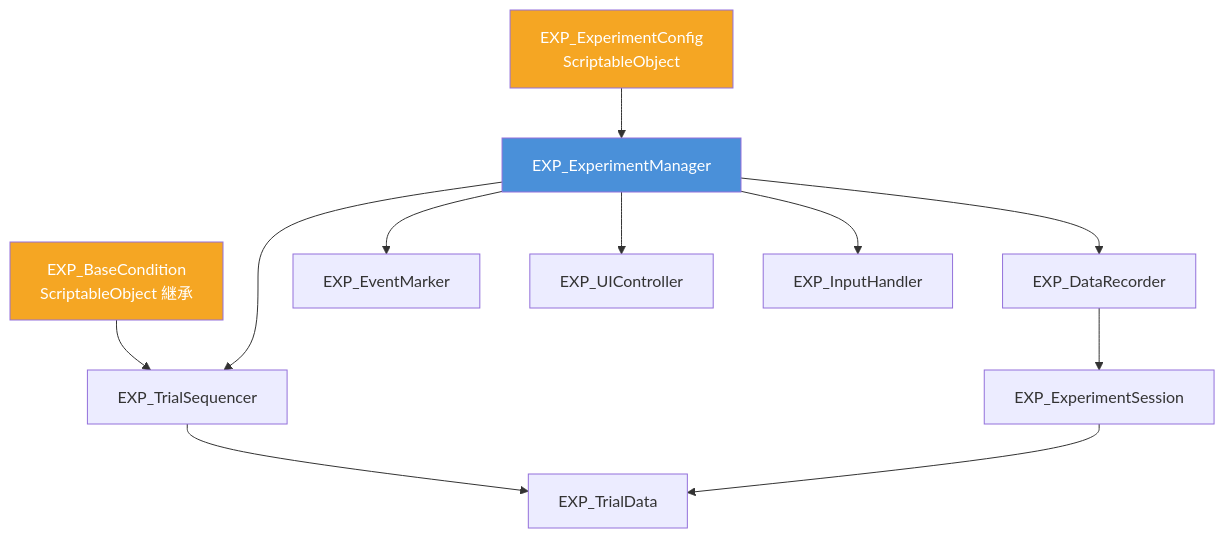
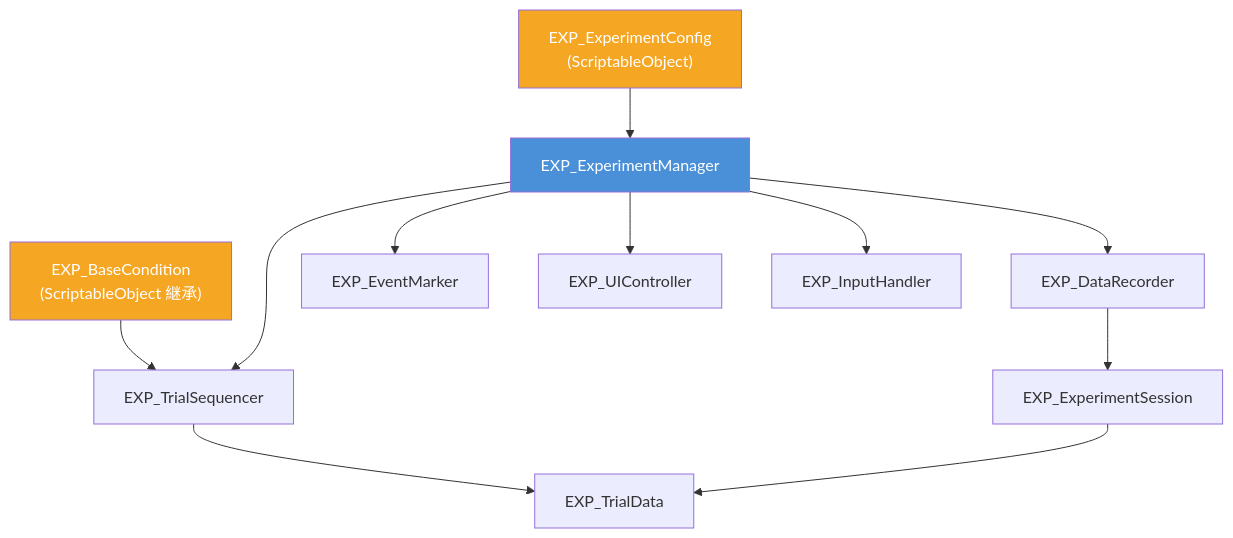
Before and after one commit to kotetsuOU/HandTrakingDemo: the diagram in Docs/Experiments.md, drawn with Mermaid. The commit also changed other lines of this file and 21 other files, not shown here.

````diff
--- a/Docs/Experiments.md
+++ b/Docs/Experiments.md
@@ -47,19 +66,19 @@
 ```mermaid
 graph TD
-    Config[EXP_ExperimentConfig<br/>ScriptableObject] --> Manager
-    Conditions[EXP_BaseCondition<br/>ScriptableObject 継承] --> Sequencer
+    Config["EXP_ExperimentConfig<br/>(ScriptableObject)"] --> Manager
+    Conditions["EXP_BaseCondition<br/>(ScriptableObject 継承)"] --> Sequencer
 
-    Manager[EXP_ExperimentManager] --> Sequencer[EXP_TrialSequencer]
-    Manager --> Recorder[EXP_DataRecorder]
-    Manager --> Marker[EXP_EventMarker]
-    Manager --> UI[EXP_UIController]
-    Manager --> Input[EXP_InputHandler]
+    Manager["EXP_ExperimentManager"] --> Sequencer["EXP_TrialSequencer"]
+    Manager --> Recorder["EXP_DataRecorder"]
+    Manager --> Marker["EXP_EventMarker"]
+    Manager --> UI["EXP_UIController"]
+    Manager --> Input["EXP_InputHandler"]
 
-    Sequencer --> TrialData[EXP_TrialData]
-    Recorder --> Session[EXP_ExperimentSession]
+    Sequencer --> TrialData["EXP_TrialData"]
+    Recorder --> Session["EXP_ExperimentSession"]
     Session --> TrialData
 
     style Manager fill:#4a90d9,color:#fff
     style Config fill:#f5a623,color:#fff
     style Conditions fill:#f5a623,color:#fff
 ```
````
